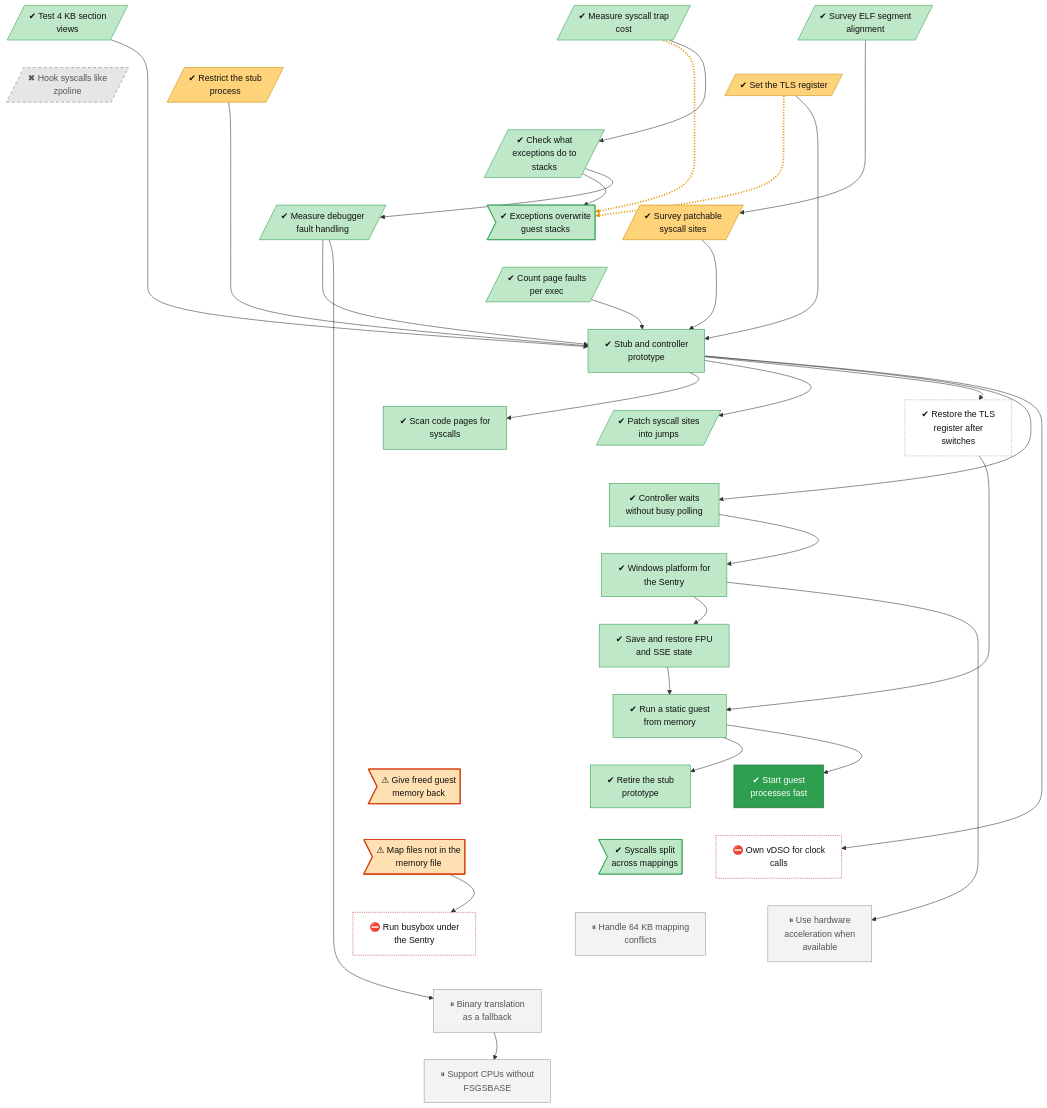
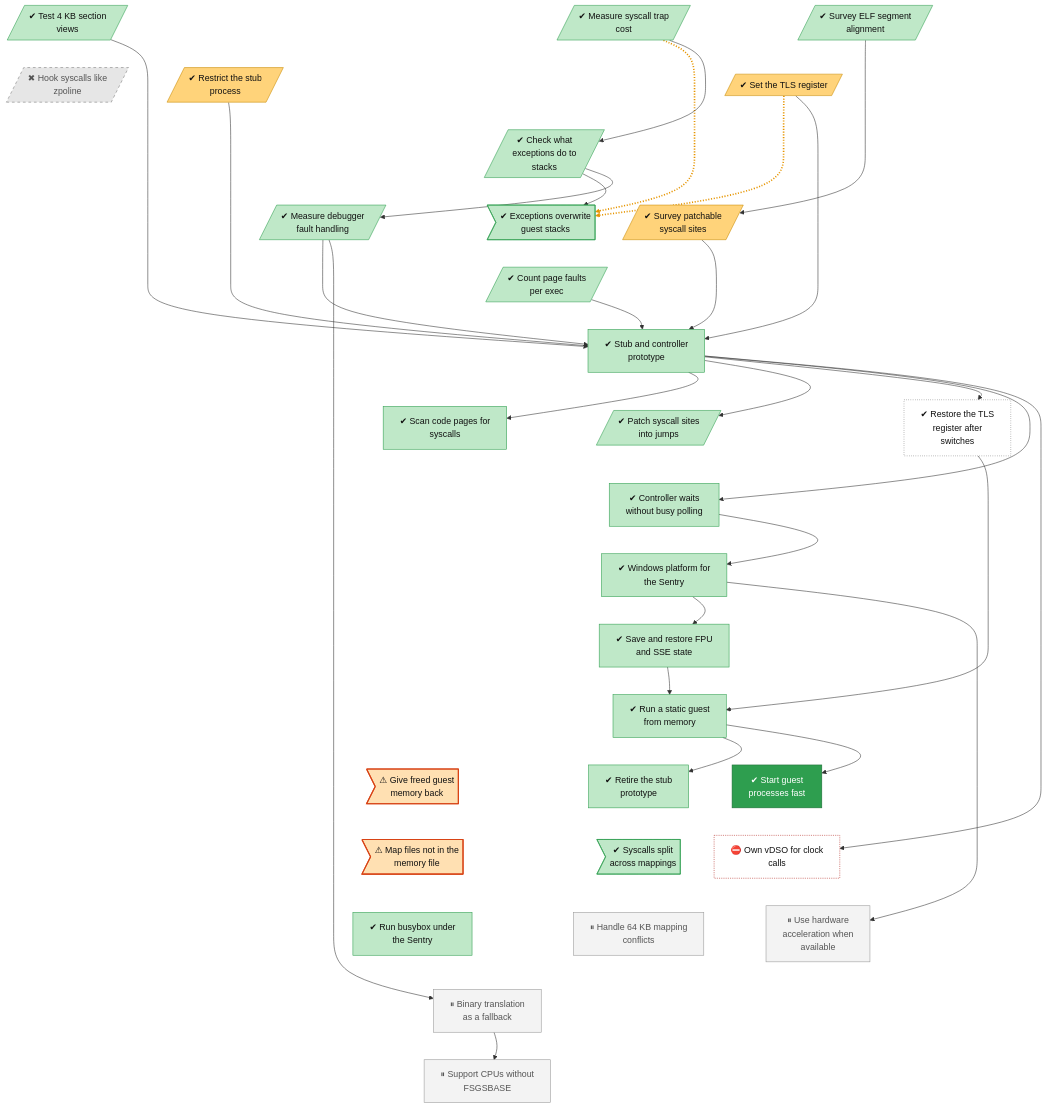
One commit to lhns/gvisor-windows changed the diagram in docs/roadmap/tracks/platform.md. Above: the diagram before and after it, drawn with Mermaid. The commit also changed other lines of this file and 4 other files, not shown here.

````diff
--- a/docs/roadmap/tracks/platform.md
+++ b/docs/roadmap/tracks/platform.md
@@ -35,7 +35,7 @@
     platform_map_files_without_sections>"⚠ Map files not in the<br/>memory file"]
     platform_own_vdso["⛔ Own vDSO for clock<br/>calls"]
     platform_64k_mapping_conflicts["⏸ Handle 64 KB mapping<br/>conflicts"]
-    platform_busybox_on_windows["⛔ Run busybox under<br/>the Sentry"]
+    platform_busybox_on_windows["✔ Run busybox under<br/>the Sentry"]
     platform_hardware_acceleration["⏸ Use hardware<br/>acceleration when<br/>available"]
     platform_binary_translation_fallback["⏸ Binary translation<br/>as a fallback"]
     platform_no_fsgsbase_fallback["⏸ Support CPUs without<br/>FSGSBASE"]
@@ -97,7 +97,6 @@
     platform_static_guest_from_memory --> platform_retire_prototype
     platform_static_guest_from_memory --> platform_fast_process_start
     platform_stub_controller --> platform_own_vdso
-    platform_map_files_without_sections --> platform_busybox_on_windows
     platform_winstub --> platform_hardware_acceleration
     platform_debug_event_cost --> platform_binary_translation_fallback
     platform_binary_translation_fallback --> platform_no_fsgsbase_fallback
@@ -116,12 +115,12 @@
     classDef decided fill:#ece0f7,stroke:#7b3fb5,stroke-dasharray:2 2,color:#111
     classDef finding fill:#ffe0b2,stroke:#d84315,stroke-width:2px,color:#111
     classDef waiting fill:#e3f2fd,stroke:#1f6fc5,stroke-dasharray:5 5,color:#111
-    class platform_elf_alignment_survey,platform_trap_cost,platform_4k_section_views,platform_exception_stack,platform_veh_on_guest_stack_unsafe,platform_debug_event_cost,platform_faults_per_exec,platform_stub_controller,platform_page_verification,platform_syscall_fast_path,platform_controller_wakeups,platform_winstub,platform_fp_state,platform_static_guest_from_memory,platform_retire_prototype,platform_split_syscall_unpatched succ
+    class platform_elf_alignment_survey,platform_trap_cost,platform_4k_section_views,platform_exception_stack,platform_veh_on_guest_stack_unsafe,platform_debug_event_cost,platform_faults_per_exec,platform_stub_controller,platform_page_verification,platform_syscall_fast_path,platform_controller_wakeups,platform_winstub,platform_fp_state,platform_static_guest_from_memory,platform_retire_prototype,platform_split_syscall_unpatched,platform_busybox_on_windows succ
     class platform_tls_register,platform_restricted_stub,platform_syscall_site_survey mixed
     class platform_zpoline_hooks dead
     class platform_fs_base_repair unrated
     class platform_memory_release,platform_map_files_without_sections finding
     class platform_fast_process_start vsucc
-    class platform_own_vdso,platform_busybox_on_windows blocked
+    class platform_own_vdso blocked
     class platform_64k_mapping_conflicts,platform_hardware_acceleration,platform_binary_translation_fallback,platform_no_fsgsbase_fallback parked
 ```
````
